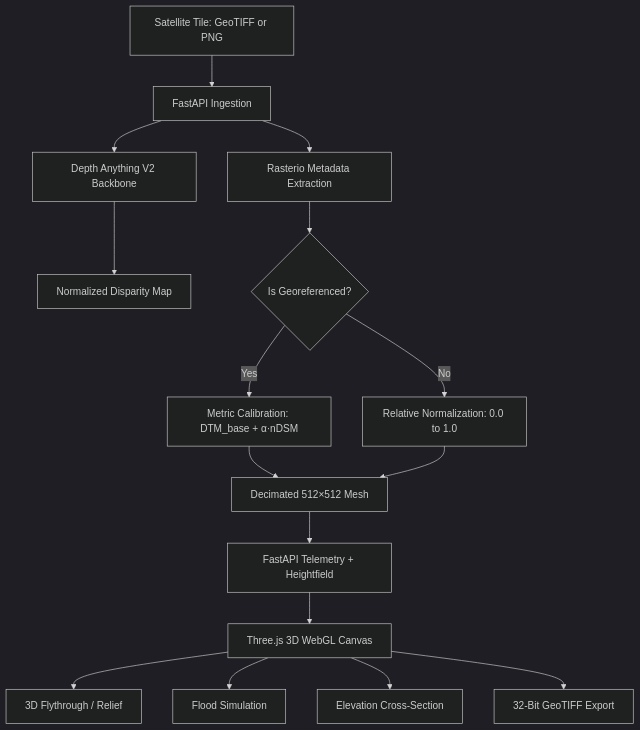
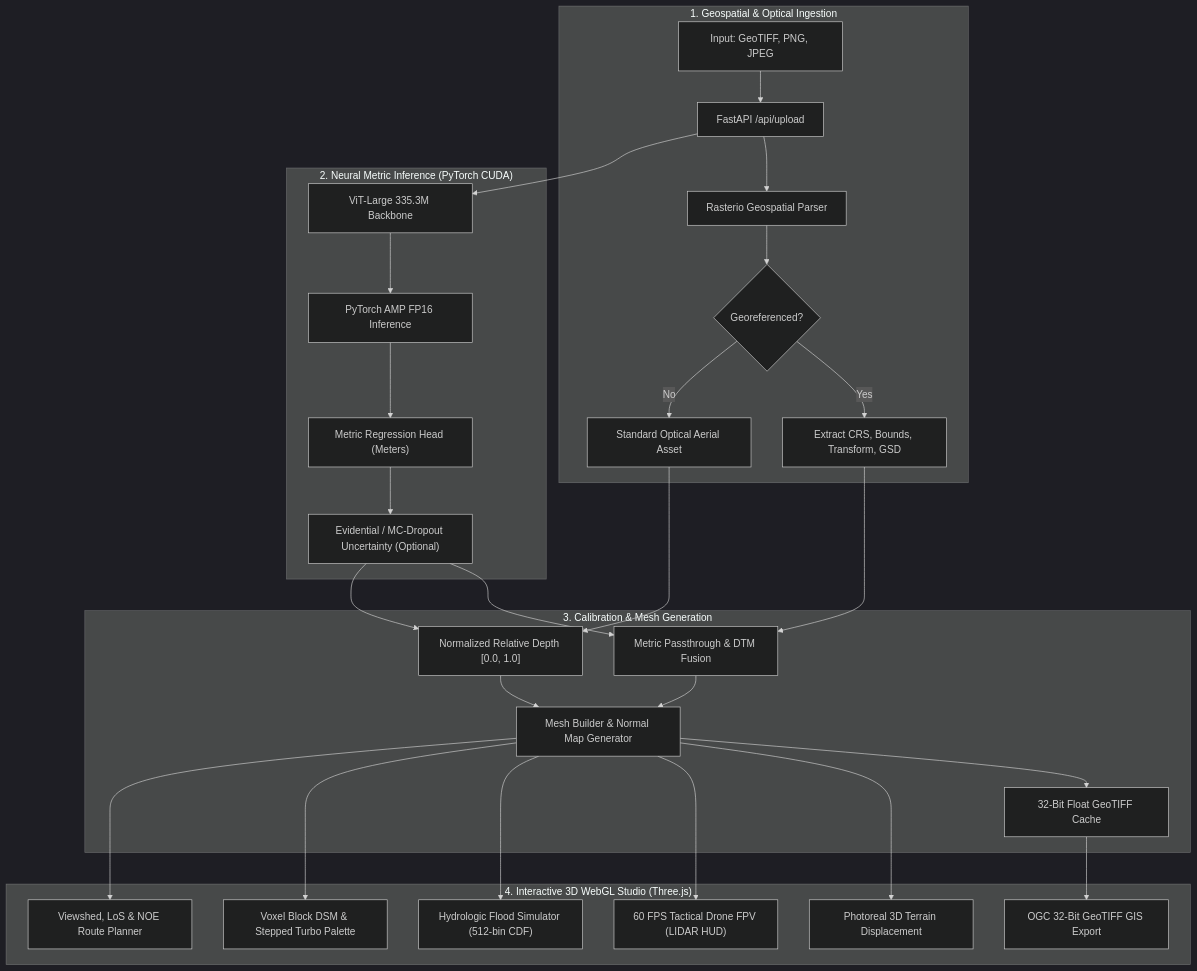
One commit to tanishqkr/satellite-image-to-3d-terrain changed the diagram in README.md. Above: the diagram before and after it, drawn with Mermaid (dark theme). The commit also changed other lines of this file, not shown here.

Commit message:
docs: update README with drone avionics, ViT-Large model & SIH/ISRO details

````diff
--- a/README.md
+++ b/README.md
@@ -40,18 +54,36 @@
 ```mermaid
 flowchart TD
-    A["Satellite Tile: GeoTIFF or PNG"] --> B["FastAPI Ingestion"]
-    B --> C["Rasterio Metadata Extraction"]
-    B --> D["Depth Anything V2 Backbone"]
-    D --> E["Normalized Disparity Map"]
-    C --> F{Is Georeferenced?}
-    F -->|Yes| G["Metric Calibration: DTM_base + α·nDSM"]
-    F -->|No| H["Relative Normalization: 0.0 to 1.0"]
-    G --> I["Decimated 512×512 Mesh"]
-    H --> I
-    I --> J["FastAPI Telemetry + Heightfield"]
-    J --> K["Three.js 3D WebGL Canvas"]
-    K --> L["3D Flythrough / Relief"]
-    K --> M["Flood Simulation"]
-    K --> N["Elevation Cross-Section"]
-    K --> O["32-Bit GeoTIFF Export"]
+    subgraph INGESTION["1. Geospatial & Optical Ingestion"]
+        A["Input: GeoTIFF, PNG, JPEG"] --> B["FastAPI /api/upload"]
+        B --> C["Rasterio Geospatial Parser"]
+        C --> D{"Georeferenced?"}
+        D -->|Yes| E["Extract CRS, Bounds, Transform, GSD"]
+        D -->|No| F["Standard Optical Aerial Asset"]
+    end
+
+    subgraph INFERENCE["2. Neural Metric Inference (PyTorch CUDA)"]
+        B --> G["ViT-Large 335.3M Backbone"]
+        G --> H["PyTorch AMP FP16 Inference"]
+        H --> I["Metric Regression Head (Meters)"]
+        I --> J["Evidential / MC-Dropout Uncertainty (Optional)"]
+    end
+
+    subgraph CALIBRATION["3. Calibration & Mesh Generation"]
+        E --> K["Metric Passthrough & DTM Fusion"]
+        F --> L["Normalized Relative Depth [0.0, 1.0]"]
+        J --> K
+        J --> L
+        K --> M["Mesh Builder & Normal Map Generator"]
+        L --> M
+        M --> N["32-Bit Float GeoTIFF Cache"]
+    end
+
+    subgraph STUDIO["4. Interactive 3D WebGL Studio (Three.js)"]
+        M --> O["Photoreal 3D Terrain Displacement"]
+        M --> P["60 FPS Tactical Drone FPV (LIDAR HUD)"]
+        M --> Q["Hydrologic Flood Simulator (512-bin CDF)"]
+        M --> R["Voxel Block DSM & Stepped Turbo Palette"]
+        M --> S["Viewshed, LoS & NOE Route Planner"]
+        N --> T["OGC 32-Bit GeoTIFF GIS Export"]
+    end
 ```
````
